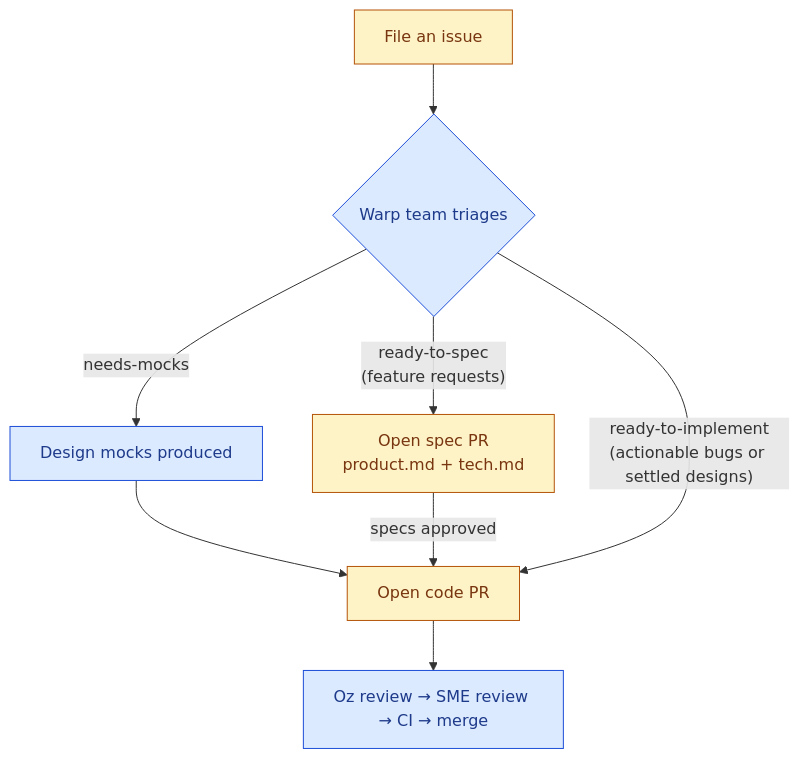
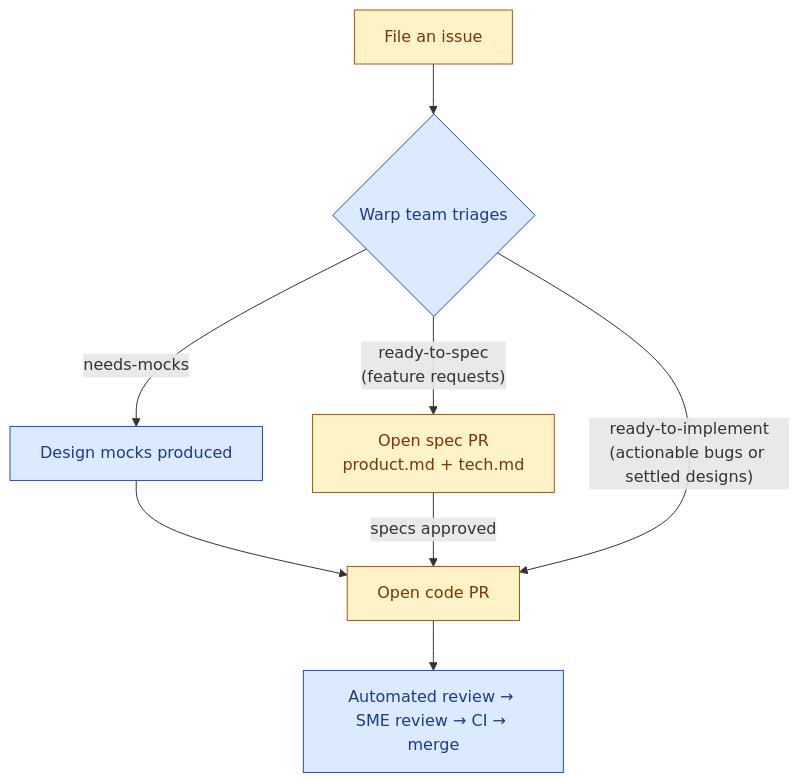
The diagram in CONTRIBUTING.md (warpdotdev/warp), drawn with Mermaid before and after one commit. The commit also changed other lines of this file and 464 other files, not shown here.

````diff
--- a/CONTRIBUTING.md
+++ b/CONTRIBUTING.md
@@ -43,15 +43,15 @@
 ```mermaid
 flowchart TD
     A[File an issue] --> B{Warp team triages}
     B -- ready-to-spec<br/>(feature requests) --> C[Open spec PR<br/>product.md + tech.md]
     B -- needs-mocks --> D[Design mocks produced]
     D --> E[Open code PR]
     C -- specs approved --> E
     B -- ready-to-implement<br/>(actionable bugs or settled designs) --> E
-    E --> F[Oz review → SME review → CI → merge]
+    E --> F[Automated review → SME review → CI → merge]
 
     classDef contributor fill:#fef3c7,stroke:#b45309,color:#78350f;
     classDef warpTeam fill:#dbeafe,stroke:#1d4ed8,color:#1e3a8a;
     class A,C,E contributor;
     class B,D,F warpTeam;
 ```
````
